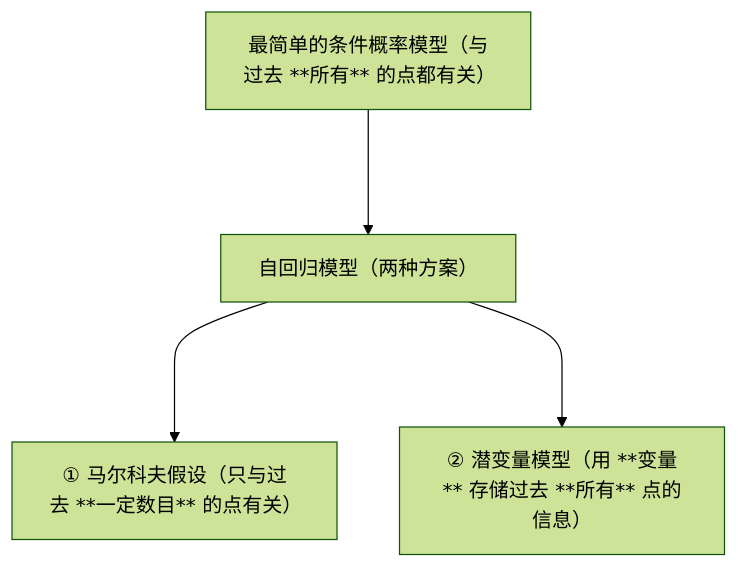
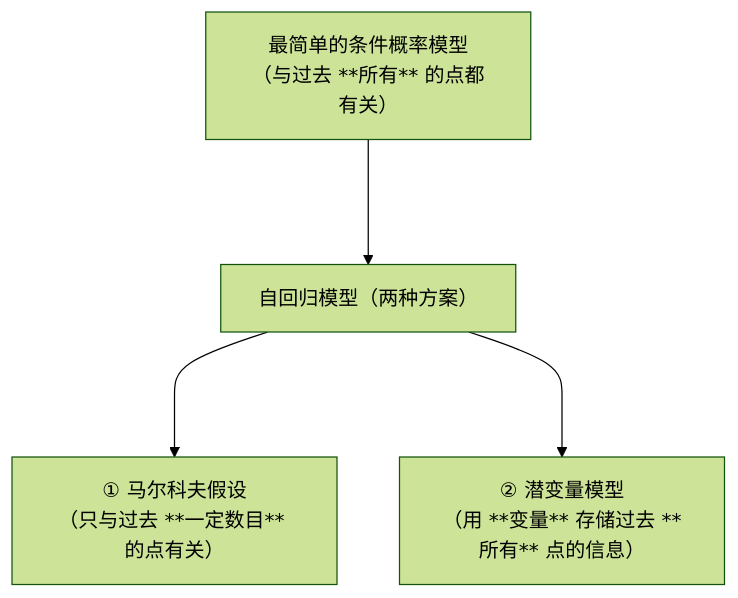
The diagram in 40-seq-model.md (freestonehere/DeepLearning), drawn with Mermaid (forest theme) before and after one commit.

Commit message:
'序列模型'

````diff
--- a/40-seq-model.md
+++ b/40-seq-model.md
@@ -3,6 +3,6 @@
 ```mermaid
 flowchart TD
-    A[最简单的条件概率模型（与过去 **所有** 的点都有关）] ---> B[自回归模型（两种方案）]
-    B ---> C[① 马尔科夫假设（只与过去 **一定数目** 的点有关）]
-    B ---> D[② 潜变量模型（用 **变量** 存储过去 **所有** 点的信息）]
+    A[最简单的条件概率模型<br>（与过去 **所有** 的点都有关）] ---> B[自回归模型（两种方案）]
+    B ---> C[① 马尔科夫假设<br>（只与过去 **一定数目** 的点有关）]
+    B ---> D[② 潜变量模型<br>（用 **变量** 存储过去 **所有** 点的信息）]
 ```
````
